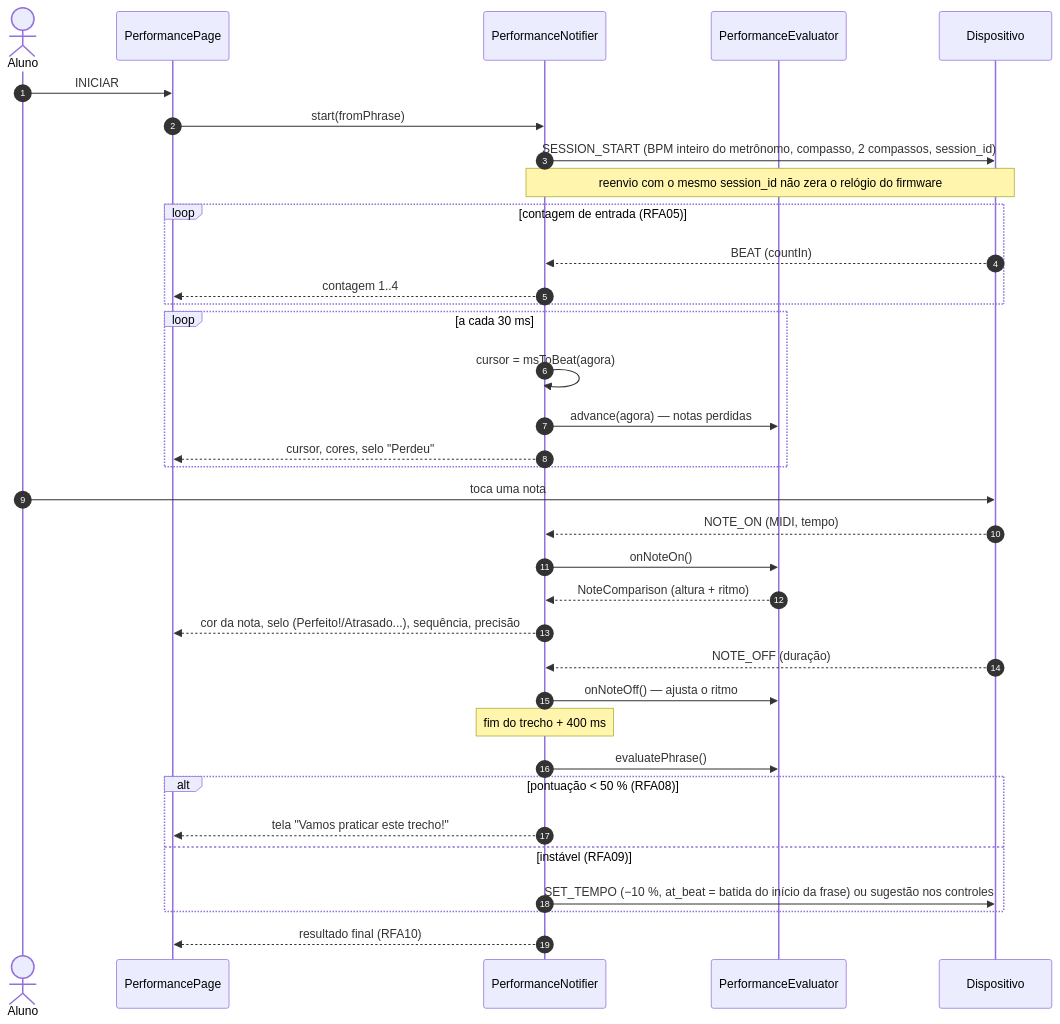
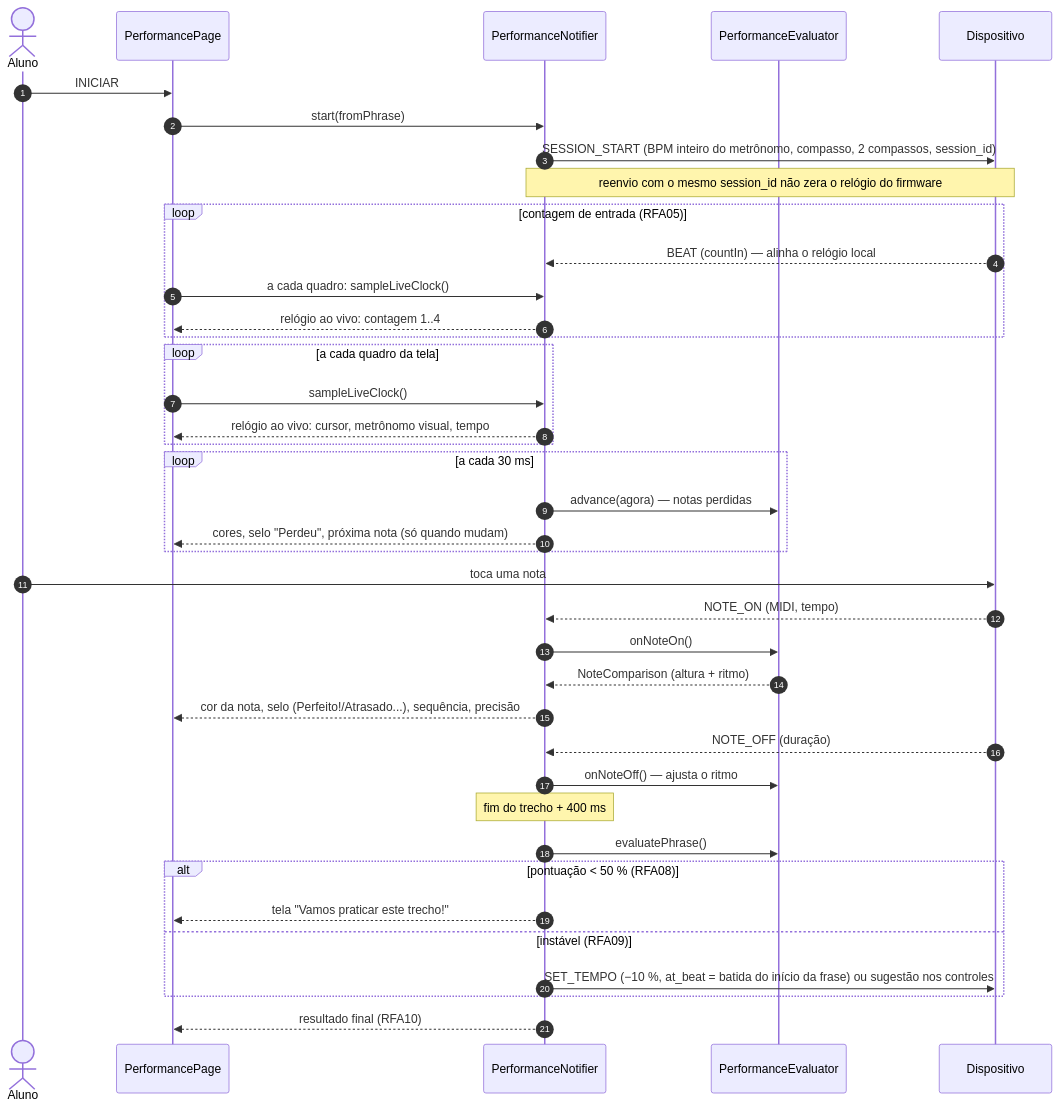
One commit to noggyamamoto/Flutter_App changed the eighth of 11 diagrams in README.md. Above: the diagram before and after it, drawn with Mermaid. The commit also changed other lines of this file and 7 other files, not shown here.

````diff
--- a/README.md
+++ b/README.md
@@ -548,38 +556,42 @@
 ```mermaid
 sequenceDiagram
     autonumber
     actor Aluno
     participant UI as PerformancePage
     participant N as PerformanceNotifier
     participant Ev as PerformanceEvaluator
     participant Dev as Dispositivo
 
     Aluno->>UI: INICIAR
     UI->>N: start(fromPhrase)
     N->>Dev: SESSION_START (BPM inteiro do metrônomo, compasso, 2 compassos, session_id)
     Note over N,Dev: reenvio com o mesmo session_id não zera o relógio do firmware
     loop contagem de entrada (RFA05)
-        Dev-->>N: BEAT (countIn)
-        N-->>UI: contagem 1..4
+        Dev-->>N: BEAT (countIn) — alinha o relógio local
+        UI->>N: a cada quadro: sampleLiveClock()
+        N-->>UI: relógio ao vivo: contagem 1..4
+    end
+    loop a cada quadro da tela
+        UI->>N: sampleLiveClock()
+        N-->>UI: relógio ao vivo: cursor, metrônomo visual, tempo
     end
     loop a cada 30 ms
-        N->>N: cursor = msToBeat(agora)
         N->>Ev: advance(agora) — notas perdidas
-        N-->>UI: cursor, cores, selo "Perdeu"
+        N-->>UI: cores, selo "Perdeu", próxima nota (só quando mudam)
     end
     Aluno->>Dev: toca uma nota
     Dev-->>N: NOTE_ON (MIDI, tempo)
     N->>Ev: onNoteOn()
     Ev-->>N: NoteComparison (altura + ritmo)
     N-->>UI: cor da nota, selo (Perfeito!/Atrasado...), sequência, precisão
     Dev-->>N: NOTE_OFF (duração)
     N->>Ev: onNoteOff() — ajusta o ritmo
     Note over N: fim do trecho + 400 ms
     N->>Ev: evaluatePhrase()
     alt pontuação < 50 % (RFA08)
         N-->>UI: tela "Vamos praticar este trecho!"
     else instável (RFA09)
         N->>Dev: SET_TEMPO (−10 %, at_beat = batida do início da frase) ou sugestão nos controles
     end
     N-->>UI: resultado final (RFA10)
 ```
````
